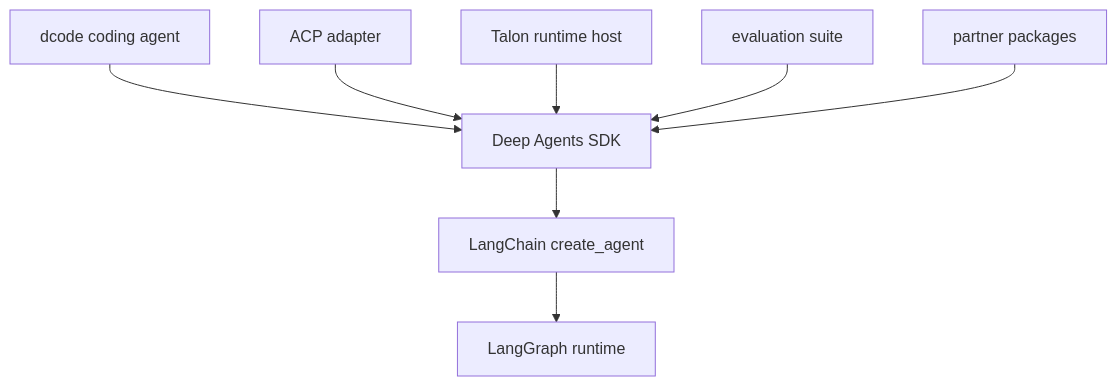
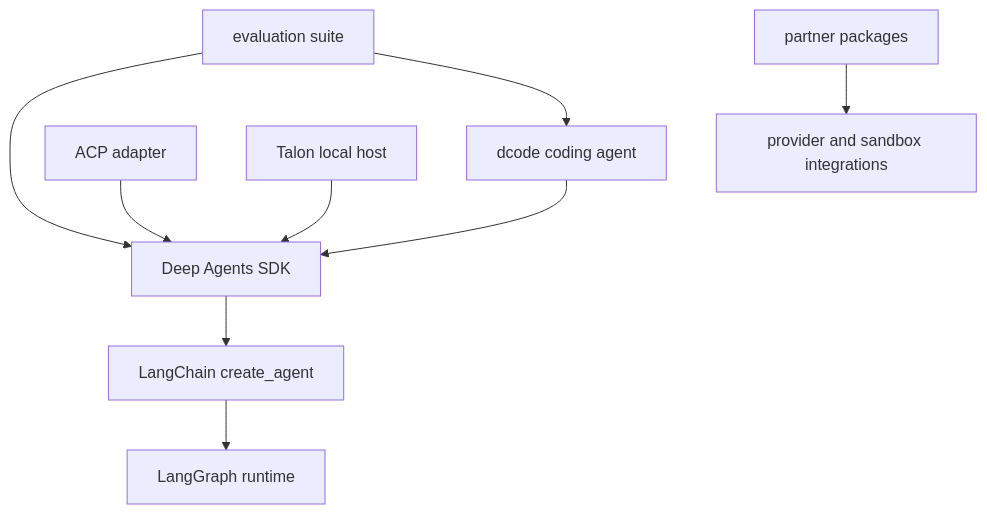
The diagram in openwiki/architecture/source-map.md (langchain-ai/deepagents), drawn with Mermaid before and after one commit. The commit also changed other lines of this file and 28 other files, not shown here.

````diff
--- a/openwiki/architecture/source-map.md
+++ b/openwiki/architecture/source-map.md
@@ -51,10 +53,11 @@
 ```mermaid
 flowchart TD
     Code["dcode coding agent"] --> SDK["Deep Agents SDK"]
     ACP["ACP adapter"] --> SDK
-    Talon["Talon runtime host"] --> SDK
+    Talon["Talon local host"] --> SDK
     Evals["evaluation suite"] --> SDK
-    Partners["partner packages"] --> SDK
+    Evals --> Code
     SDK --> LangChain["LangChain create_agent"]
     LangChain --> LangGraph["LangGraph runtime"]
+    Partners["partner packages"] --> Integrations["provider and sandbox integrations"]
 ```
````
